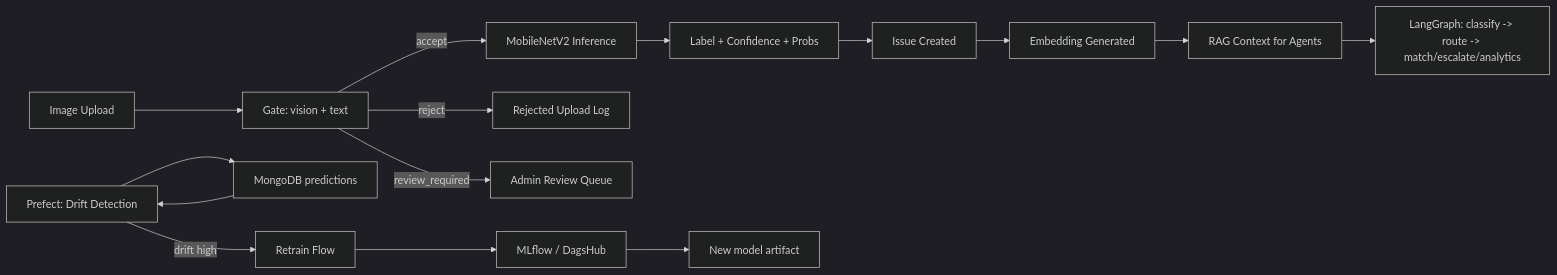
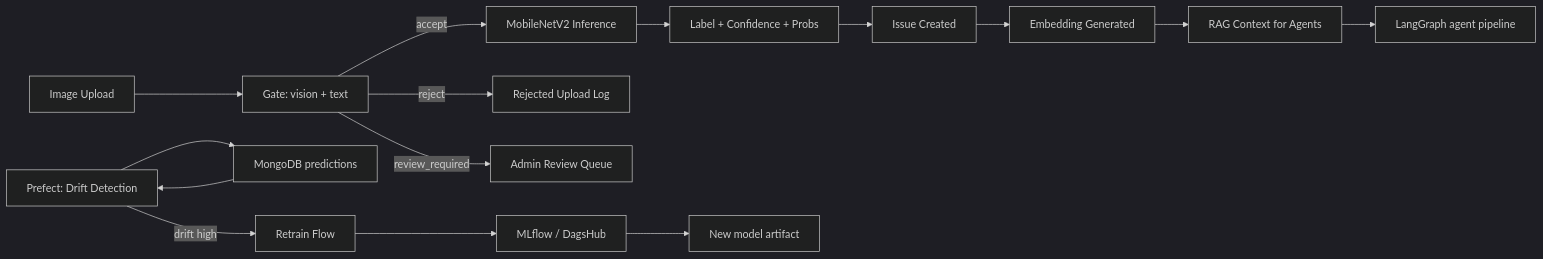
The fifth of 8 diagrams in README.md (BORUTOUZUMAKI07/ai-civic-issue-monitoring), drawn with Mermaid (dark theme) before and after one commit. The commit also changed other lines of this file, not shown here.

Commit message:
docs: simplify Mermaid diagrams to render reliably on GitHub

````diff
--- a/README.md
+++ b/README.md
@@ -182,18 +189,18 @@
 ```mermaid
 flowchart LR
     A[Image Upload] --> B[Gate: vision + text]
     B -->|accept| C[MobileNetV2 Inference]
     B -->|reject| D[Rejected Upload Log]
     B -->|review_required| E[Admin Review Queue]
     C --> F[Label + Confidence + Probs]
     F --> G[Issue Created]
     G --> H[Embedding Generated]
     H --> I[RAG Context for Agents]
-    I --> J[LangGraph: classify -> route -> match/escalate/analytics]
+    I --> J[LangGraph agent pipeline]
 
     K[Prefect: Drift Detection] --> L[MongoDB predictions]
     L --> K
     K -->|drift high| M[Retrain Flow]
     M --> N[MLflow / DagsHub]
     N --> O[New model artifact]
 ```
````
